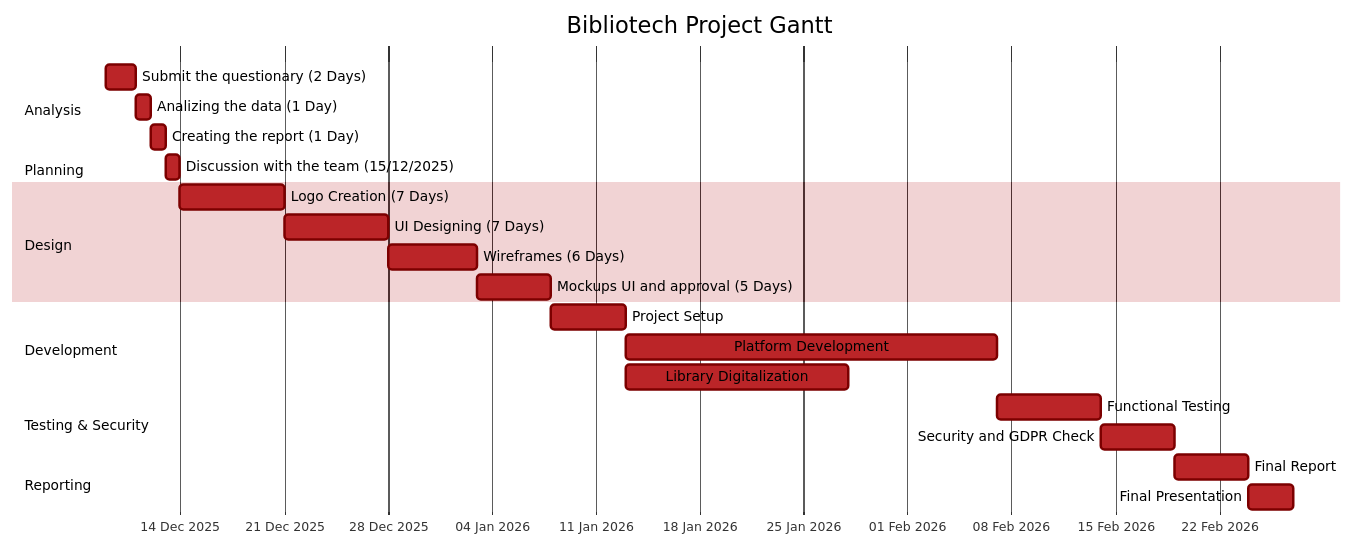
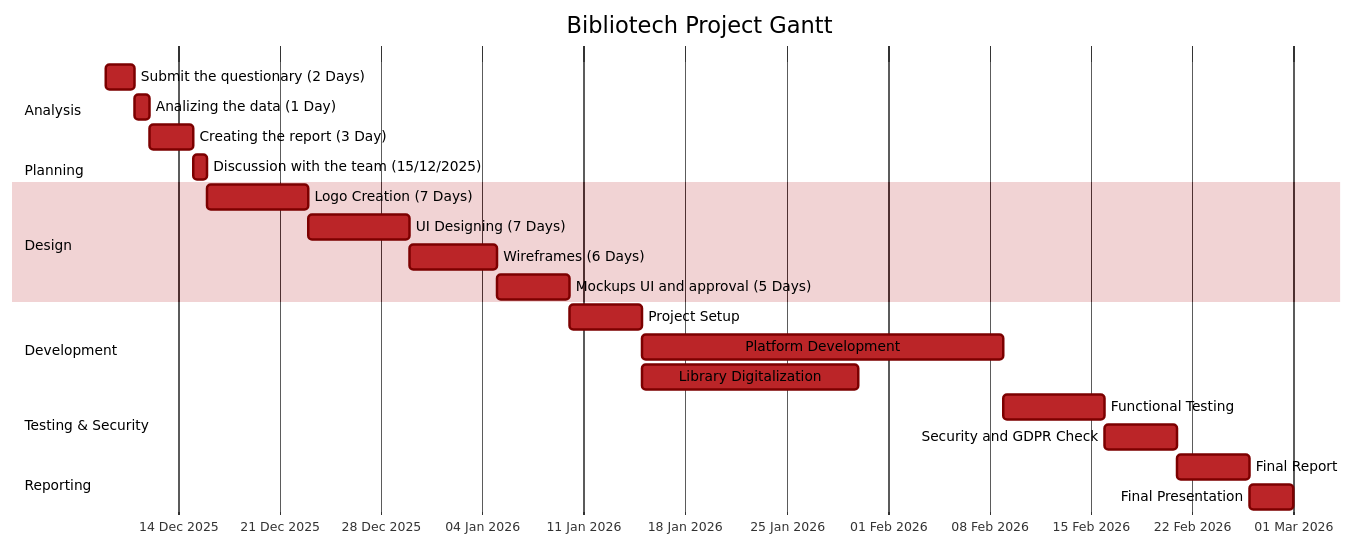
The diagram in docs/Bibliotech.mermaid (ErBeso7/Bibliotech-GANTT), drawn with Mermaid before and after one commit.

Commit message:
Update task duration for report creation in Gantt chart

```diff
--- a/docs/Bibliotech.mermaid
+++ b/docs/Bibliotech.mermaid
@@ -1,43 +1,43 @@
 ---
 config:
   theme: 'base'
   themeVariables:
     primaryColor: '#BB2528'
     primaryTextColor: '#000'
     primaryBorderColor: '#7C0000'
     lineColor: '#F8B229'
     secondaryColor: '#006100'
     tertiaryColor: '#fff'
 ---
 
 gantt
     title Bibliotech Project Gantt
     dateFormat  DD-MM-YYYY
     axisFormat  %d %b %Y
 
     section Analysis
     Submit the questionary (2 Days)      :a1, 09-12-2025, 2d
     Analizing the data (1 Day)           :a2, after a1, 1d
-    Creating the report (1 Day)          :a3, after a2, 1d
+    Creating the report (3 Day)          :a3, after a2, 3d
 
     section Planning 
     Discussion with the team (15/12/2025):a4, after a3, 1d
 
     section Design
     Logo Creation (7 Days)               :b0, after a4, 7d
     UI Designing (7 Days)                :b1, after b0, 7d
     Wireframes (6 Days)                  :b2, after b1, 6d
     Mockups UI and approval (5 Days)     :b3, after b2, 5d
 
     section Development
     Project Setup                 :c1, after b3, 5d
     Platform Development          :c2, after c1, 25d
     Library Digitalization        :c3, after c1, 15d
 
     section Testing & Security
     Functional Testing            :d1, after c2, 7d
     Security and GDPR Check       :d2, after d1, 5d
 
     section Reporting
     Final Report                  :e1, after d2, 5d
     Final Presentation            :e2, after e1, 3d
```
